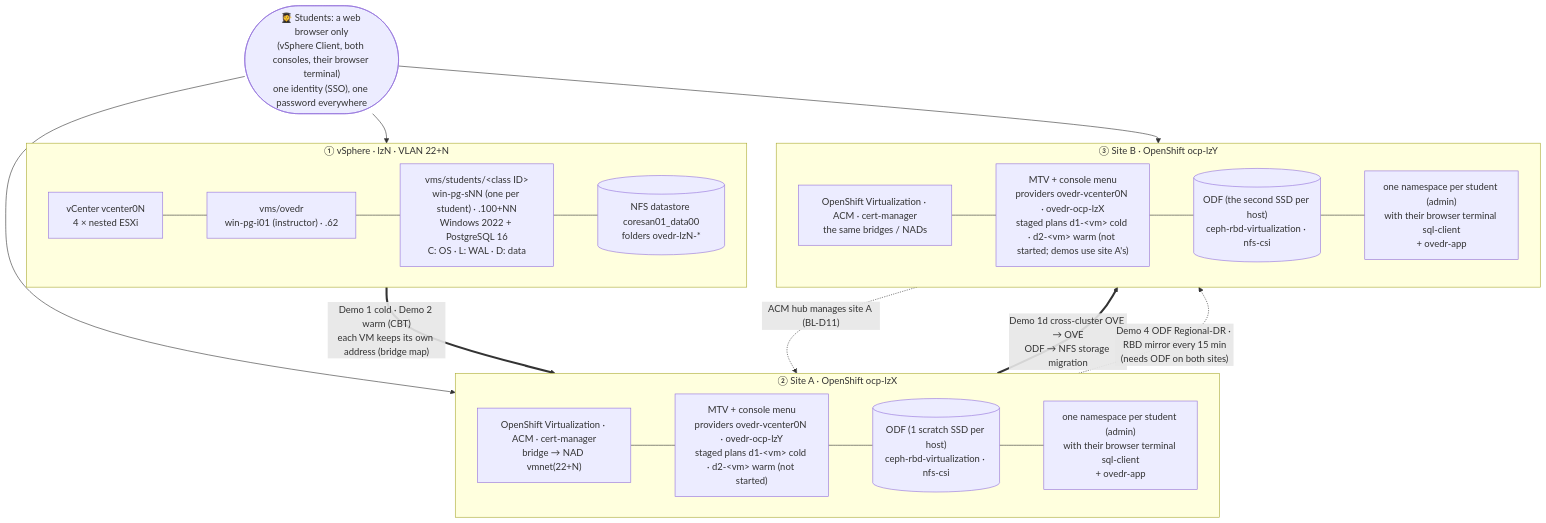
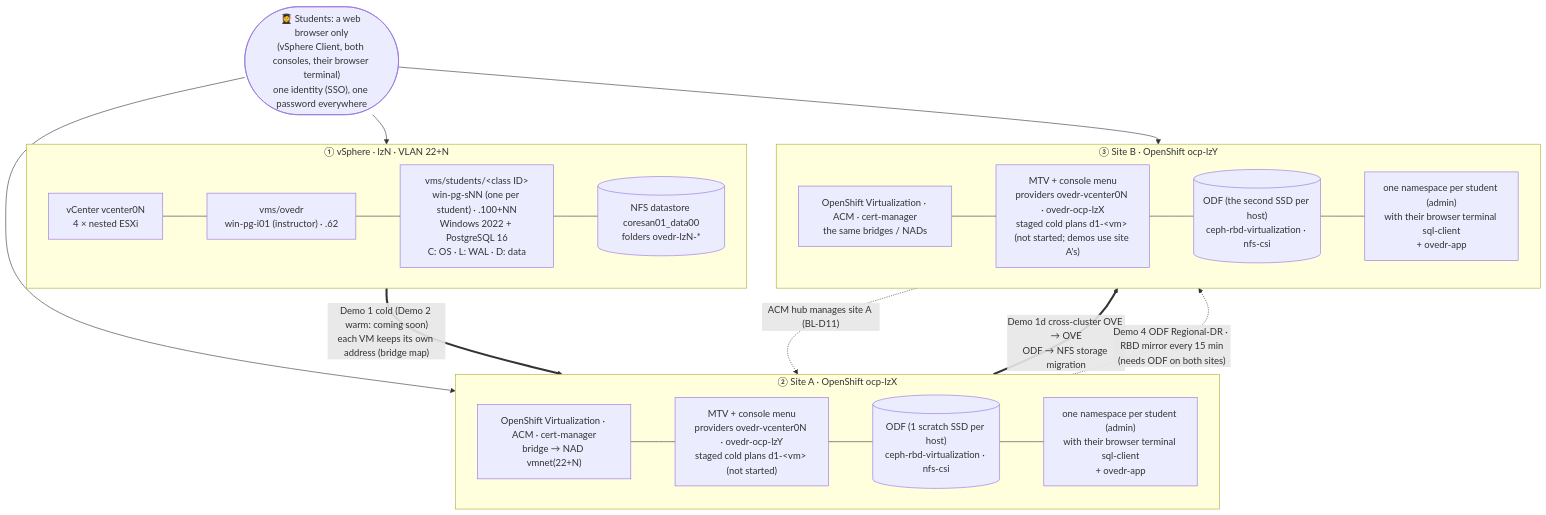
Before and after one commit to paragonmicro-lab/demo-0024-public: the diagram in docs/demos/lab-diagram.md, drawn with Mermaid. The commit also changed other lines of this file and 4 other files, not shown here.

````diff
--- a/docs/demos/lab-diagram.md
+++ b/docs/demos/lab-diagram.md
@@ -20,39 +20,39 @@
 ```mermaid
 flowchart TB
   STU(["👩‍🎓 Students: a web browser only<br/>(vSphere Client, both consoles, their browser terminal)<br/>one identity (SSO), one password everywhere"])
 
   subgraph VS["① vSphere · lzN · VLAN 22+N"]
     direction LR
     VC["vCenter vcenter0N<br/>4 × nested ESXi"]
     VMI["vms/ovedr<br/>win-pg-i01 (instructor) · .62"]
     VMS["vms/students/&lt;class ID&gt;<br/>win-pg-sNN (one per student) · .100+NN<br/>Windows 2022 + PostgreSQL 16<br/>C: OS · L: WAL · D: data"]
     DS[("NFS datastore coresan01_data00<br/>folders ovedr-lzN-*")]
     VC --- VMI --- VMS --- DS
   end
 
   subgraph A["② Site A · OpenShift ocp-lzX"]
     direction LR
     A1["OpenShift Virtualization · ACM · cert-manager<br/>bridge → NAD vmnet(22+N)"]
-    A2["MTV + console menu<br/>providers ovedr-vcenter0N · ovedr-ocp-lzY<br/>staged plans d1-&lt;vm&gt; cold · d2-&lt;vm&gt; warm (not started)"]
+    A2["MTV + console menu<br/>providers ovedr-vcenter0N · ovedr-ocp-lzY<br/>staged cold plans d1-&lt;vm&gt; (not started)"]
     A3[("ODF (1 scratch SSD per host)<br/>ceph-rbd-virtualization · nfs-csi")]
     A4["one namespace per student (admin)<br/>with their browser terminal sql-client<br/>+ ovedr-app"]
     A1 --- A2 --- A3 --- A4
   end
 
   subgraph B["③ Site B · OpenShift ocp-lzY"]
     direction LR
     B1["OpenShift Virtualization · ACM · cert-manager<br/>the same bridges / NADs"]
-    B2["MTV + console menu<br/>providers ovedr-vcenter0N · ovedr-ocp-lzX<br/>staged plans d1-&lt;vm&gt; cold · d2-&lt;vm&gt; warm (not started; demos use site A's)"]
+    B2["MTV + console menu<br/>providers ovedr-vcenter0N · ovedr-ocp-lzX<br/>staged cold plans d1-&lt;vm&gt; (not started; demos use site A's)"]
     B3[("ODF (the second SSD per host)<br/>ceph-rbd-virtualization · nfs-csi")]
     B4["one namespace per student (admin)<br/>with their browser terminal sql-client<br/>+ ovedr-app"]
     B1 --- B2 --- B3 --- B4
   end
 
   STU --> VS
   STU --> A
   STU --> B
-  VS == "Demo 1 cold · Demo 2 warm (CBT)<br/>each VM keeps its own address (bridge map)" ==> A
+  VS == "Demo 1 cold (Demo 2 warm: coming soon)<br/>each VM keeps its own address (bridge map)" ==> A
   A == "Demo 1d cross-cluster OVE → OVE<br/>ODF → NFS storage migration" ==> B
   A -. "Demo 4 ODF Regional-DR · RBD mirror every 15 min<br/>(needs ODF on both sites)" .-> B
   B -. "ACM hub manages site A (BL-D11)" .-> A
 ```
````
